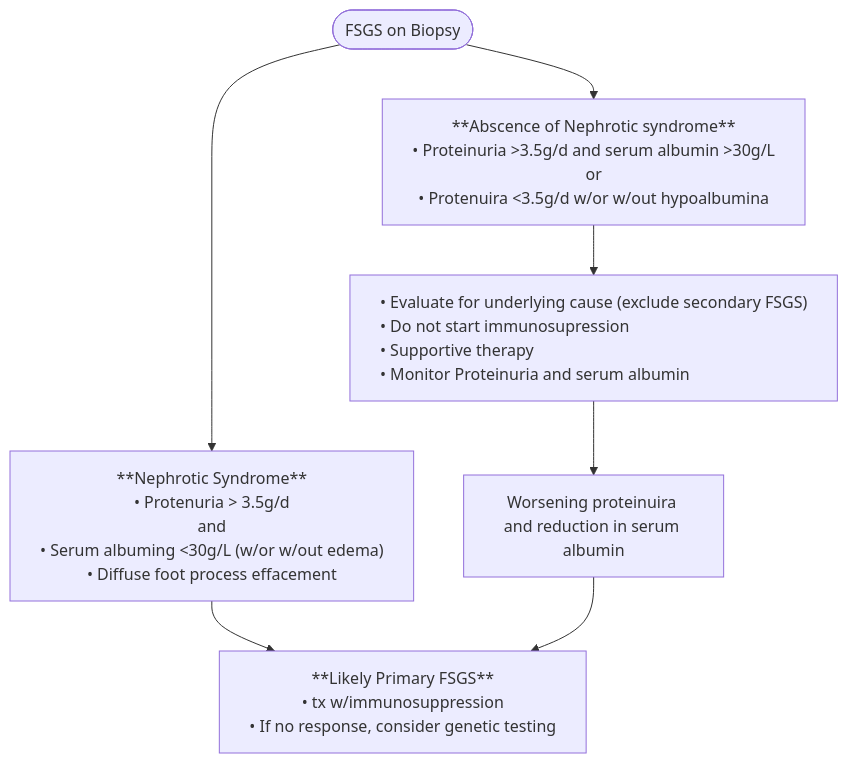
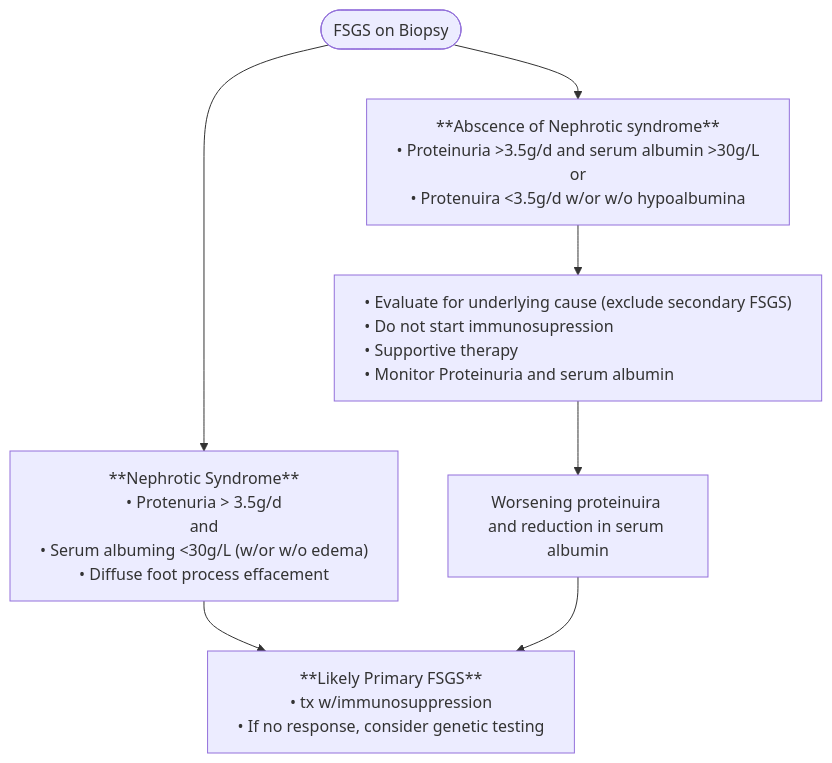
One commit to TTUNEPH2025/GN changed the first of 3 diagrams in docs/FSGS.md. Above: the diagram before and after it, drawn with Mermaid. The commit also changed other lines of this file, not shown here.

````diff
--- a/docs/FSGS.md
+++ b/docs/FSGS.md
@@ -34,24 +34,24 @@
 ```mermaid
 flowchart TD
     A(["FSGS on Biopsy"]) --> C["**Nephrotic Syndrome**
     • Protenuria &gt; 3.5g/d
       and
-    • Serum albuming &lt;30g/L (w/or w/out edema)
+    • Serum albuming &lt;30g/L (w/or w/o edema)
     • Diffuse foot process effacement"] & n2["**Abscence of Nephrotic syndrome**
     • Proteinuria &gt;3.5g/d and serum albumin &gt;30g/L 
              or
-    • Protenuira &lt;3.5g/d w/or w/out hypoalbumina"]
+    • Protenuira &lt;3.5g/d w/or w/o hypoalbumina"]
     C --> n3["**Likely Primary FSGS**
     • tx w/immunosuppression
     • If no response, consider genetic testing"]
     n2 --> n4["• Evaluate for underlying cause (exclude secondary FSGS)
     • Do not start immunosupression
     • Supportive therapy
     • Monitor Proteinuria and serum albumin"]
     n4 --> n5["Worsening proteinuira and reduction in serum albumin"]
     n5 --> n3
     style n4 white-space:nowrap,text-align:left
     style C white-space:nowrap
     style n2 white-space:nowrap
     style n3 white-space:nowrap
 ```
````
